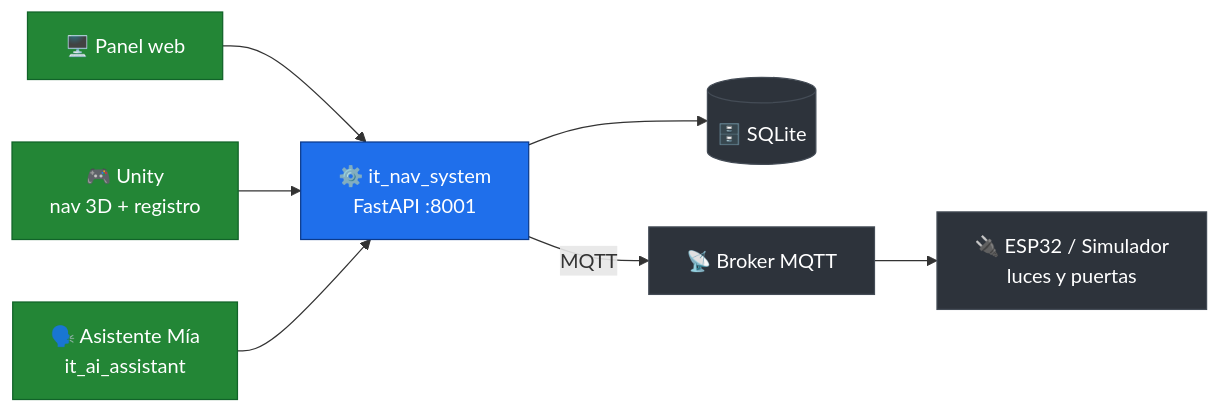
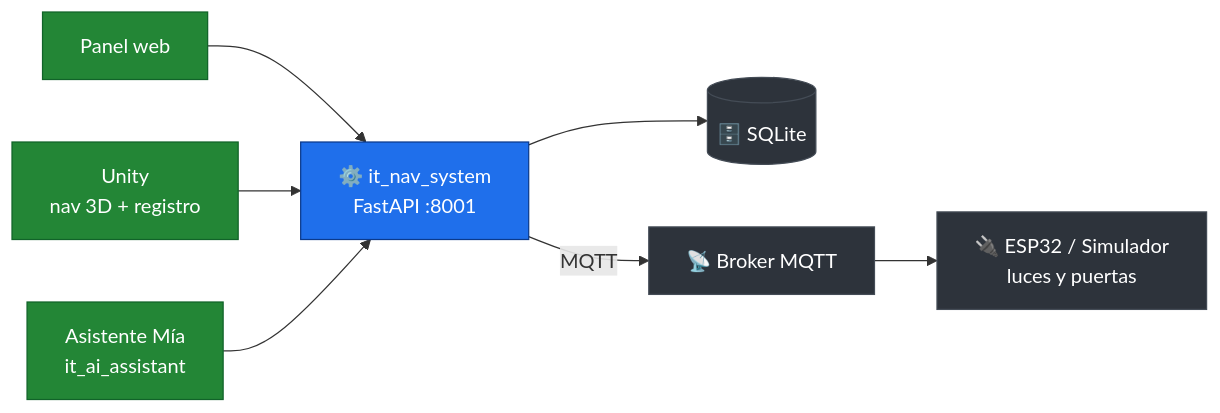
The first of 2 diagrams in README.md (JonathanTorres06/it_nav_system), drawn with Mermaid before and after one commit.

Commit message:
/ Ajuste en el README

````diff
--- a/README.md
+++ b/README.md
@@ -47,16 +47,16 @@
 ```mermaid
 flowchart LR
-    panel["🖥️ Panel web"] --> api
-    unity["🎮 Unity<br/>nav 3D + registro"] --> api
-    mia["🗣️ Asistente Mía<br/>it_ai_assistant"] --> api
+    panel["Panel web"] --> api
+    unity["Unity<br/>nav 3D + registro"] --> api
+    mia["Asistente Mía<br/>it_ai_assistant"] --> api
     api["⚙️ it_nav_system<br/>FastAPI :8001"] --> db[("🗄️ SQLite")]
     api -->|MQTT| broker["📡 Broker MQTT"]
     broker --> esp["🔌 ESP32 / Simulador<br/>luces y puertas"]
 
     classDef core fill:#1f6feb,stroke:#0b3a8c,color:#fff;
     classDef cli fill:#238636,stroke:#116329,color:#fff;
     classDef ext fill:#2d333b,stroke:#444c56,color:#fff;
     class api core;
     class panel,unity,mia cli;
     class db,broker,esp ext;
 ```
````
